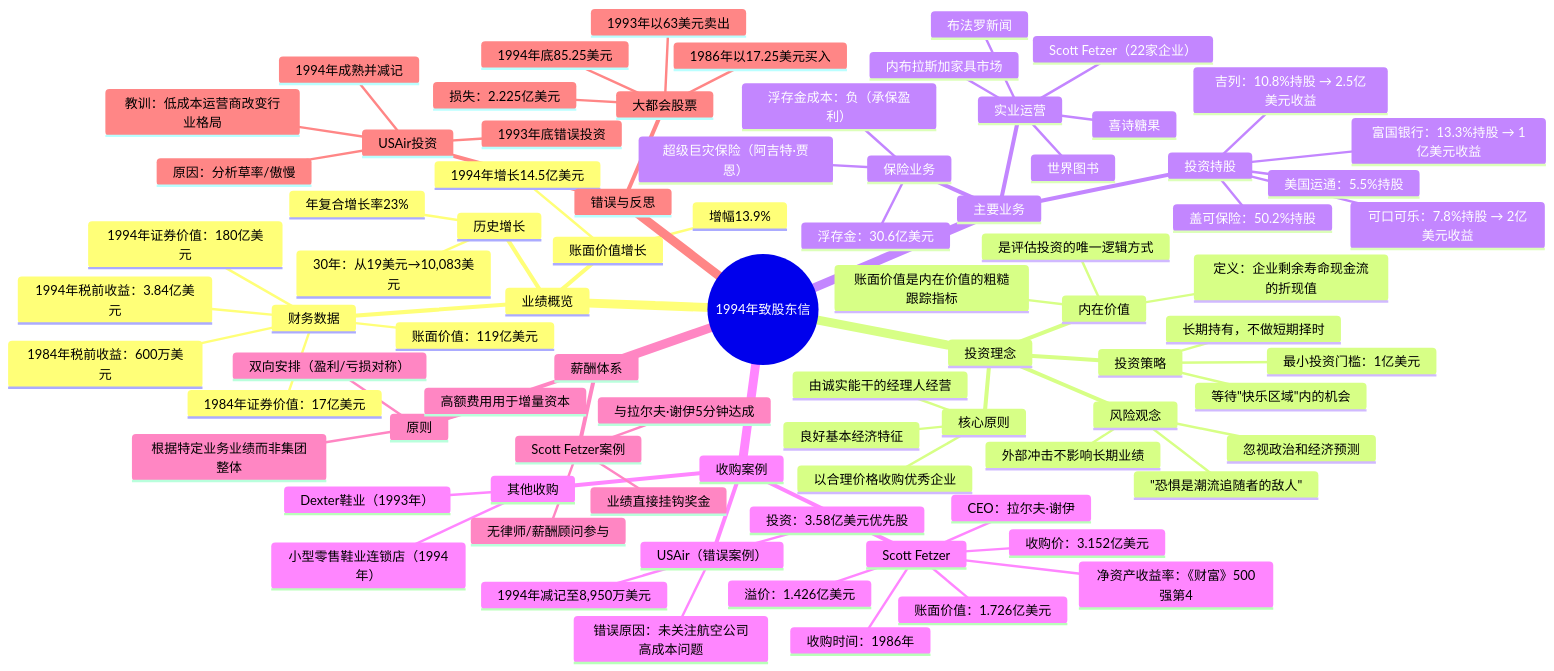
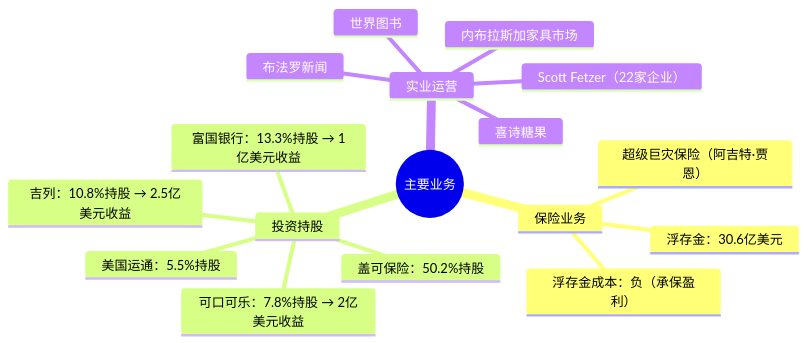
The fourth of 7 diagrams in docs/01_letters/1994年/思维导图.md (carllhm/buffett-knowledge-base), drawn with Mermaid before and after one commit. The commit also changed other lines of this file and 719 other files, not shown here.

Commit message:
思维导图重构：两级结构，总览+折叠子导图

````diff
--- a/docs/01_letters/1994年/思维导图.md
+++ b/docs/01_letters/1994年/思维导图.md
@@ -5,86 +111,20 @@
 ```mermaid
 mindmap
-  root((1994年致股东信))
-    业绩概览
-      账面价值增长
-        1994年增长14.5亿美元
-        增幅13.9%
-      历史增长
-        30年：从19美元→10,083美元
-        年复合增长率23%
-      财务数据
-        账面价值：119亿美元
-        1984年证券价值：17亿美元
-        1994年证券价值：180亿美元
-        1984年税前收益：600万美元
-        1994年税前收益：3.84亿美元
-    投资理念
-      核心原则
-        以合理价格收购优秀企业
-        由诚实能干的经理人经营
-        良好基本经济特征
-      投资策略
-        等待"快乐区域"内的机会
-        最小投资门槛：1亿美元
-        长期持有，不做短期择时
-      风险观念
-        忽视政治和经济预测
-        "恐惧是潮流追随者的敌人"
-        外部冲击不影响长期业绩
-      内在价值
-        定义：企业剩余寿命现金流的折现值
-        是评估投资的唯一逻辑方式
-        账面价值是内在价值的粗糙跟踪指标
-    主要业务
-      保险业务
-        浮存金：30.6亿美元
-        浮存金成本：负（承保盈利）
-        超级巨灾保险（阿吉特·贾恩）
-      投资持股
-        可口可乐：7.8%持股 → 2亿美元收益
-        吉列：10.8%持股 → 2.5亿美元收益
-        富国银行：13.3%持股 → 1亿美元收益
-        盖可保险：50.2%持股
-        美国运通：5.5%持股
-      实业运营
-        Scott Fetzer（22家企业）
-        喜诗糖果
-        布法罗新闻
-        内布拉斯加家具市场
-        世界图书
-    收购案例
-      Scott Fetzer
-        收购时间：1986年
-        收购价：3.152亿美元
-        账面价值：1.726亿美元
-        溢价：1.426亿美元
-        CEO：拉尔夫·谢伊
-        净资产收益率：《财富》500强第4
-      USAir（错误案例）
-        投资：3.58亿美元优先股
-        1994年减记至8,950万美元
-        错误原因：未关注航空公司高成本问题
-      其他收购
-        Dexter鞋业（1993年）
-        小型零售鞋业连锁店（1994年）
-    薪酬体系
-      原则
-        根据特定业务业绩而非集团整体
-        高额费用用于增量资本
-        双向安排（盈利/亏损对称）
-      Scott Fetzer案例
-        与拉尔夫·谢伊5分钟达成
-        无律师/薪酬顾问参与
-        业绩直接挂钩奖金
-    错误与反思
-      USAir投资
-        1993年底错误投资
-        1994年成熟并减记
-        原因：分析草率/傲慢
-        教训：低成本运营商改变行业格局
-      大都会股票
-        1986年以17.25美元买入
-        1993年以63美元卖出
-        1994年底85.25美元
-        损失：2.225亿美元
+  root((主要业务))
+    保险业务
+      浮存金：30.6亿美元
+      浮存金成本：负（承保盈利）
+      超级巨灾保险（阿吉特·贾恩）
+    投资持股
+      可口可乐：7.8%持股 → 2亿美元收益
+      吉列：10.8%持股 → 2.5亿美元收益
+      富国银行：13.3%持股 → 1亿美元收益
+      盖可保险：50.2%持股
+      美国运通：5.5%持股
+    实业运营
+      Scott Fetzer（22家企业）
+      喜诗糖果
+      布法罗新闻
+      内布拉斯加家具市场
+      世界图书
 ```
````
